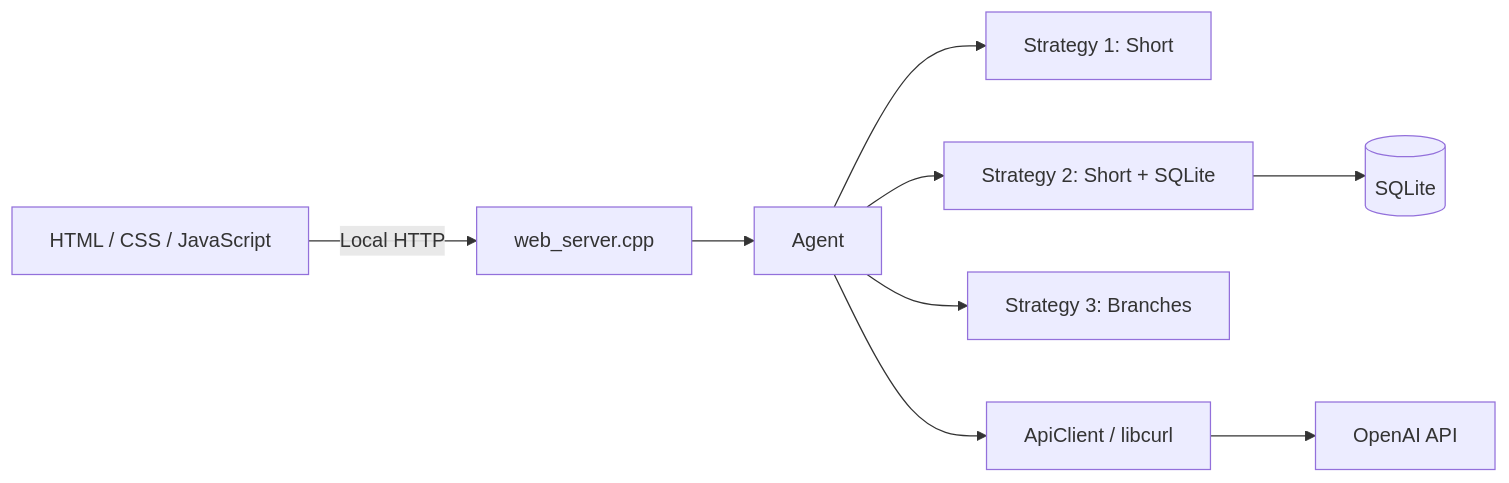
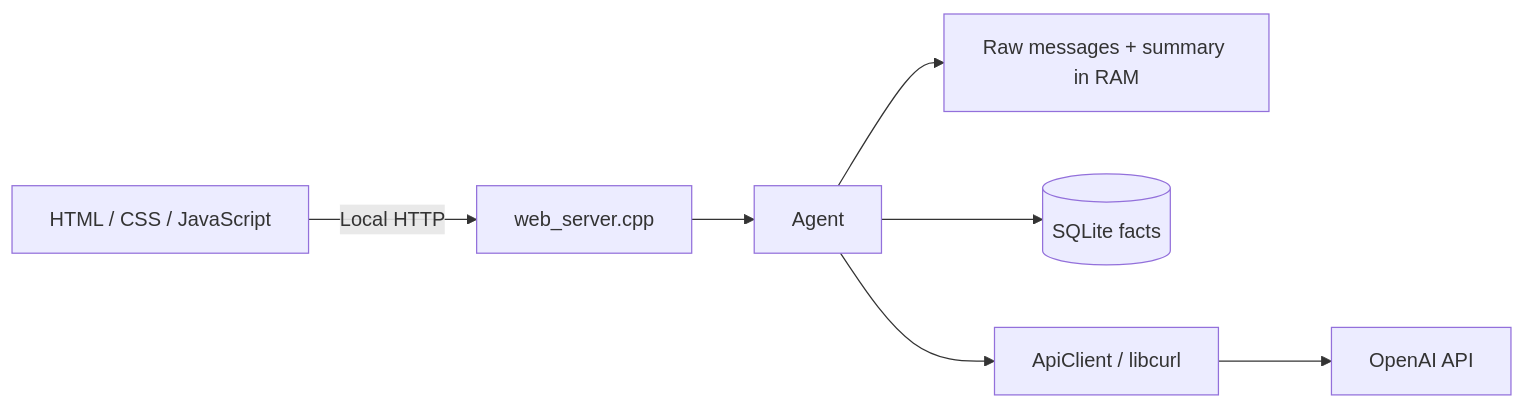
One commit to ri-gusev/AIAgentsStart changed the diagram in README.md. Above: the diagram before and after it, drawn with Mermaid. The commit also changed other lines of this file and 15 other files, not shown here.

Commit message:
default agent with short/long term memory

````diff
--- a/README.md
+++ b/README.md
@@ -19,11 +20,9 @@
 ```mermaid
 flowchart LR
     Browser[HTML / CSS / JavaScript] -->|Local HTTP| Server[web_server.cpp]
     Server --> Agent[Agent]
-    Agent --> S1[Strategy 1: Short]
-    Agent --> S2[Strategy 2: Short + SQLite]
-    Agent --> S3[Strategy 3: Branches]
-    S2 --> DB[(SQLite)]
+    Agent --> RAM[Raw messages + summary in RAM]
+    Agent --> DB[(SQLite facts)]
     Agent --> Client[ApiClient / libcurl]
     Client --> OpenAI[OpenAI API]
 ```
````
